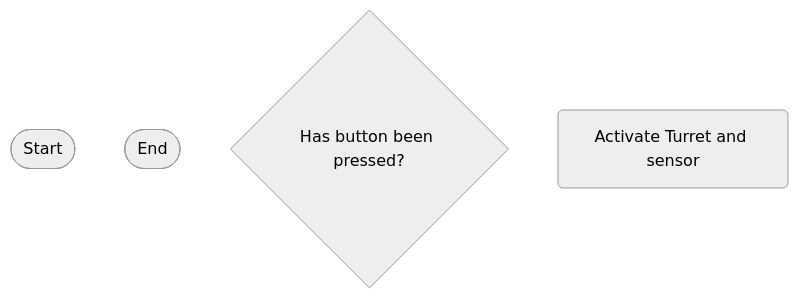
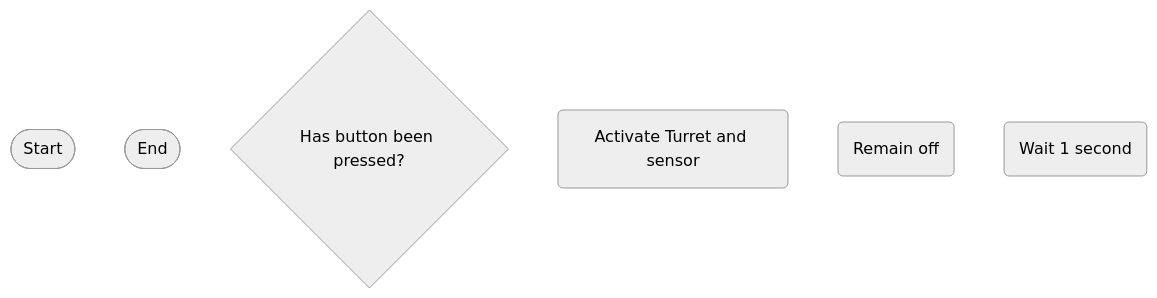
Before and after one commit to Zac2259/Smart-Turret: the diagram in logic.md, drawn with Mermaid (neutral theme).

````diff
--- a/logic.md
+++ b/logic.md
@@ -1,7 +1,9 @@
  ```mermaid
  flowchart TD
 terminalStart([Start])
  terminalEnd([End])
 hasbuttonbeentriggered{Has button been pressed?}
 activateturret(Activate Turret and sensor)
+remainoff(Remain off)
+loop(Wait 1 second)
  ```
````
